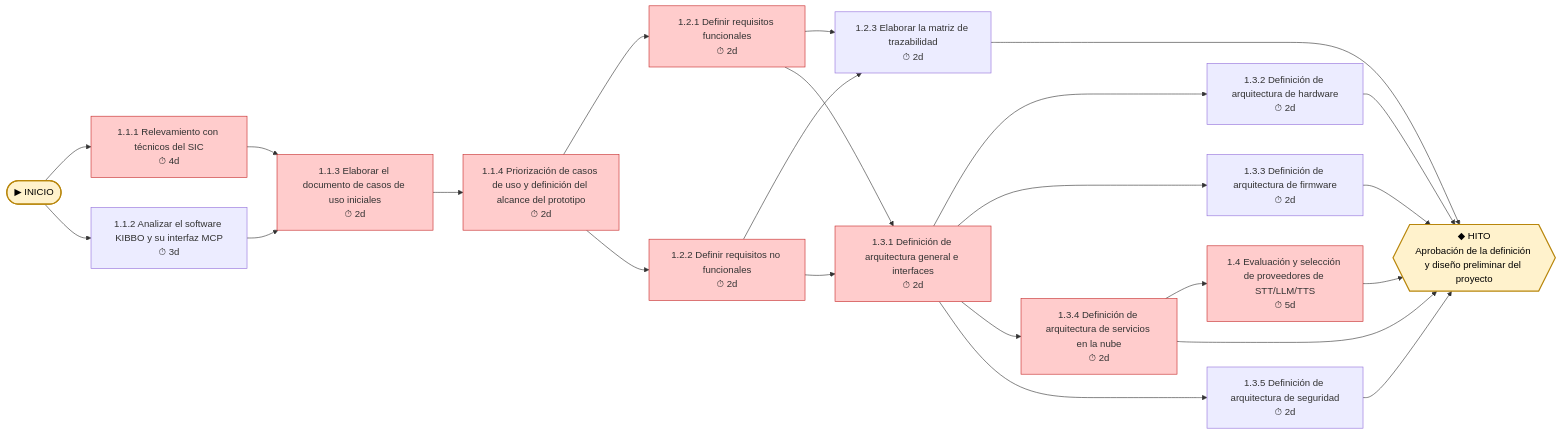
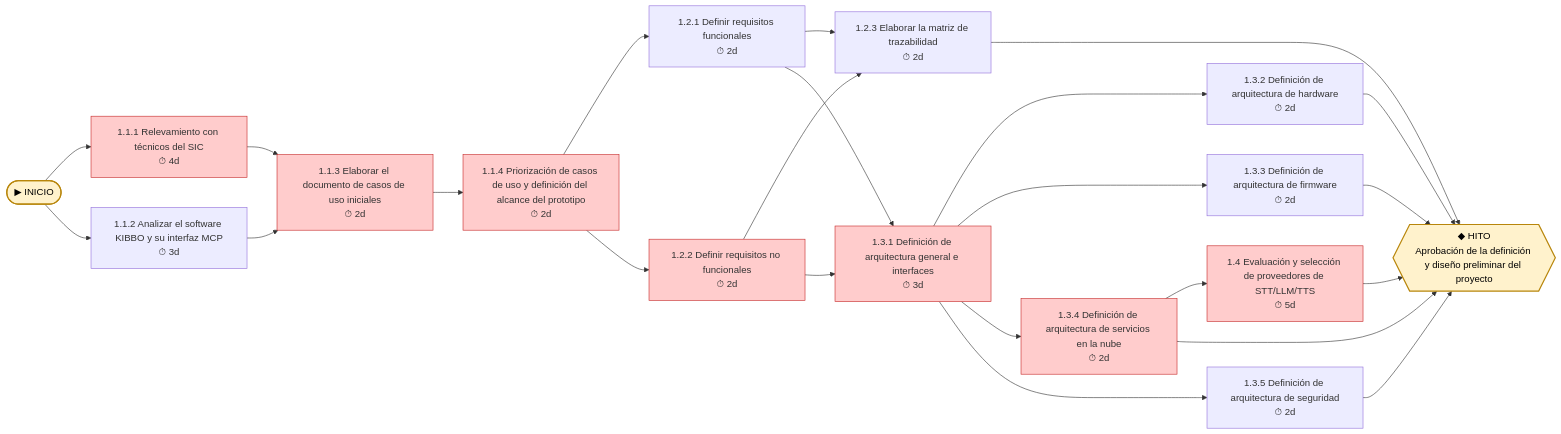
Before and after one commit to joaquinmachado11/plan-proyecto-gp-uner: the first of 4 diagrams in docs/02-wbs-estimaciones/red-de-tareas.md, drawn with Mermaid. The commit also changed other lines of this file and 1 other file, not shown here.

````diff
--- a/docs/02-wbs-estimaciones/red-de-tareas.md
+++ b/docs/02-wbs-estimaciones/red-de-tareas.md
@@ -8,65 +8,64 @@
 ```mermaid
 flowchart LR
     START(["▶ INICIO"])
  
     T111["1.1.1 Relevamiento con técnicos del SIC\n⏱ 4d"]
     T112["1.1.2 Analizar el software KIBBO y su interfaz MCP\n⏱ 3d"]
     T113["1.1.3 Elaborar el documento de casos de uso iniciales\n⏱ 2d"]
     T114["1.1.4 Priorización de casos de uso y definición del alcance del prototipo\n⏱ 2d"]
  
     T121["1.2.1 Definir requisitos funcionales\n⏱ 2d"]
     T122["1.2.2 Definir requisitos no funcionales\n⏱ 2d"]
     T123["1.2.3 Elaborar la matriz de trazabilidad\n⏱ 2d"]
  
-    T131["1.3.1 Definición de arquitectura general e interfaces\n⏱ 2d"]
+    T131["1.3.1 Definición de arquitectura general e interfaces\n⏱ 3d"]
     T132["1.3.2 Definición de arquitectura de hardware\n⏱ 2d"]
     T133["1.3.3 Definición de arquitectura de firmware\n⏱ 2d"]
     T134["1.3.4 Definición de arquitectura de servicios en la nube\n⏱ 2d"]
     T135["1.3.5 Definición de arquitectura de seguridad\n⏱ 2d"]
  
     T14["1.4 Evaluación y selección de proveedores de STT/LLM/TTS\n⏱ 5d"]
  
     H1{{"◆ HITO\nAprobación de la definición y diseño preliminar del proyecto"}}
  
     START --> T111
     START --> T112
  
     T111 --> T113
     T112 --> T113
     T113 --> T114
  
     T114 --> T121
     T114 --> T122
  
     T121 --> T123
     T122 --> T123
  
     T121 --> T131
     T122 --> T131
  
     T131 --> T132
     T131 --> T133
     T131 --> T134
     T131 --> T135
  
     T134 --> T14
  
     T123 --> H1
     T132 --> H1
     T133 --> H1
     T134 --> H1
     T135 --> H1
     T14 --> H1
  
     classDef hito fill:#FFF2CC,stroke:#B8860B,stroke-width:2px,color:#000000
     class START,H1 hito
  
     style T111 fill:#FFCCCC,stroke:#C62828
     style T113 fill:#FFCCCC,stroke:#C62828
     style T114 fill:#FFCCCC,stroke:#C62828
-    style T121 fill:#FFCCCC,stroke:#C62828
     style T122 fill:#FFCCCC,stroke:#C62828
     style T131 fill:#FFCCCC,stroke:#C62828
     style T134 fill:#FFCCCC,stroke:#C62828
     style T14 fill:#FFCCCC,stroke:#C62828
 ```
````
